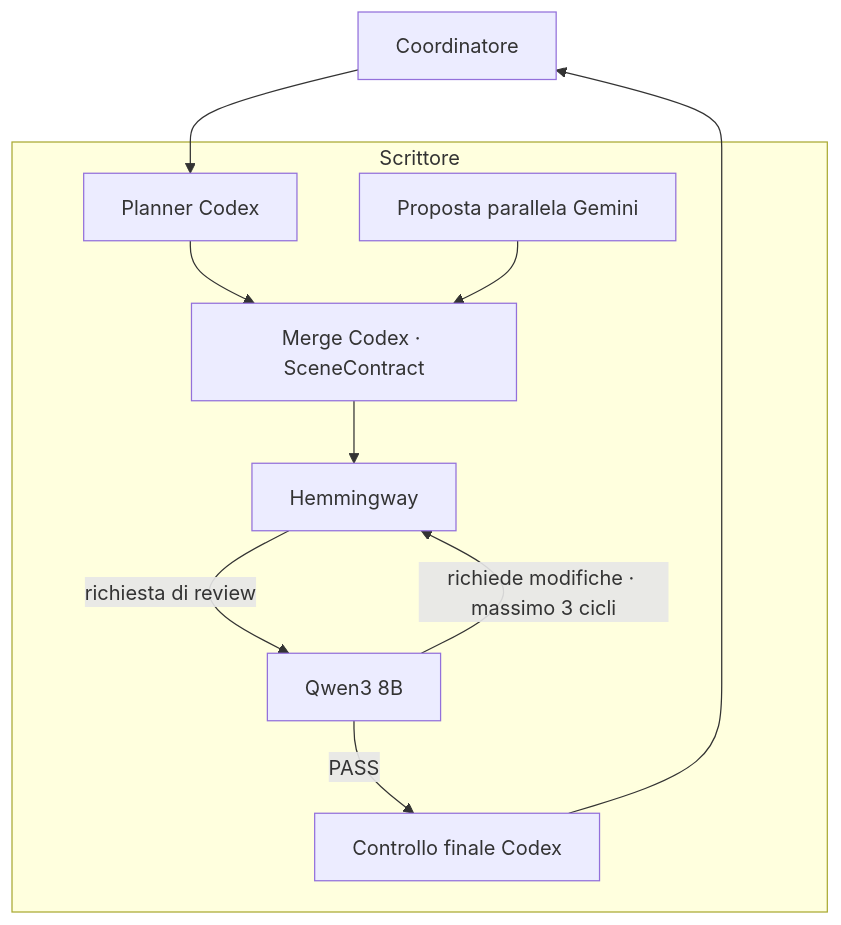
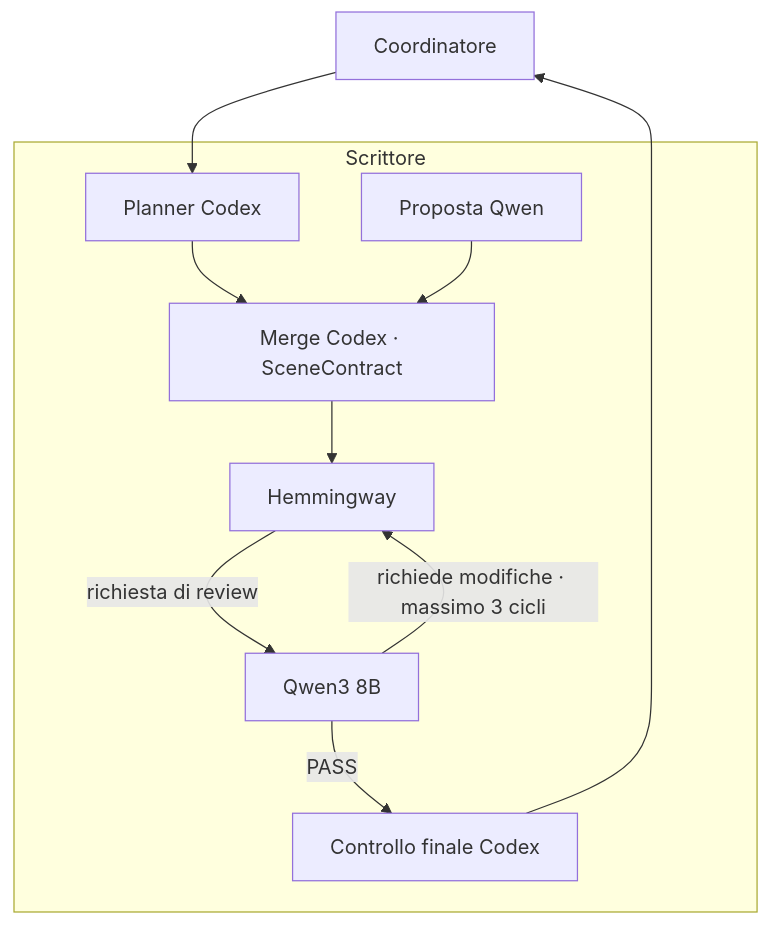
Before and after one commit to DRincs-Productions/LM-Studio: the third of 6 diagrams in README.md, drawn with Mermaid. The commit also changed other lines of this file and 3 other files, not shown here.

````diff
--- a/README.md
+++ b/README.md
@@ -101,20 +109,20 @@
 ```mermaid
 flowchart TD
     C[Coordinatore]
     subgraph SCRITTORE[Scrittore]
         P[Planner Codex]
-        Q[Proposta parallela Gemini]
+        Q[Proposta Qwen]
         M[Merge Codex · SceneContract]
         W[Hemmingway]
         R[Qwen3 8B]
         X[Controllo finale Codex]
         P --> M
         Q --> M
         M --> W
         W -->|richiesta di review| R
         R -->|richiede modifiche · massimo 3 cicli| W
         R -->|PASS| X
     end
     C --> P
     X --> C
 ```
````
